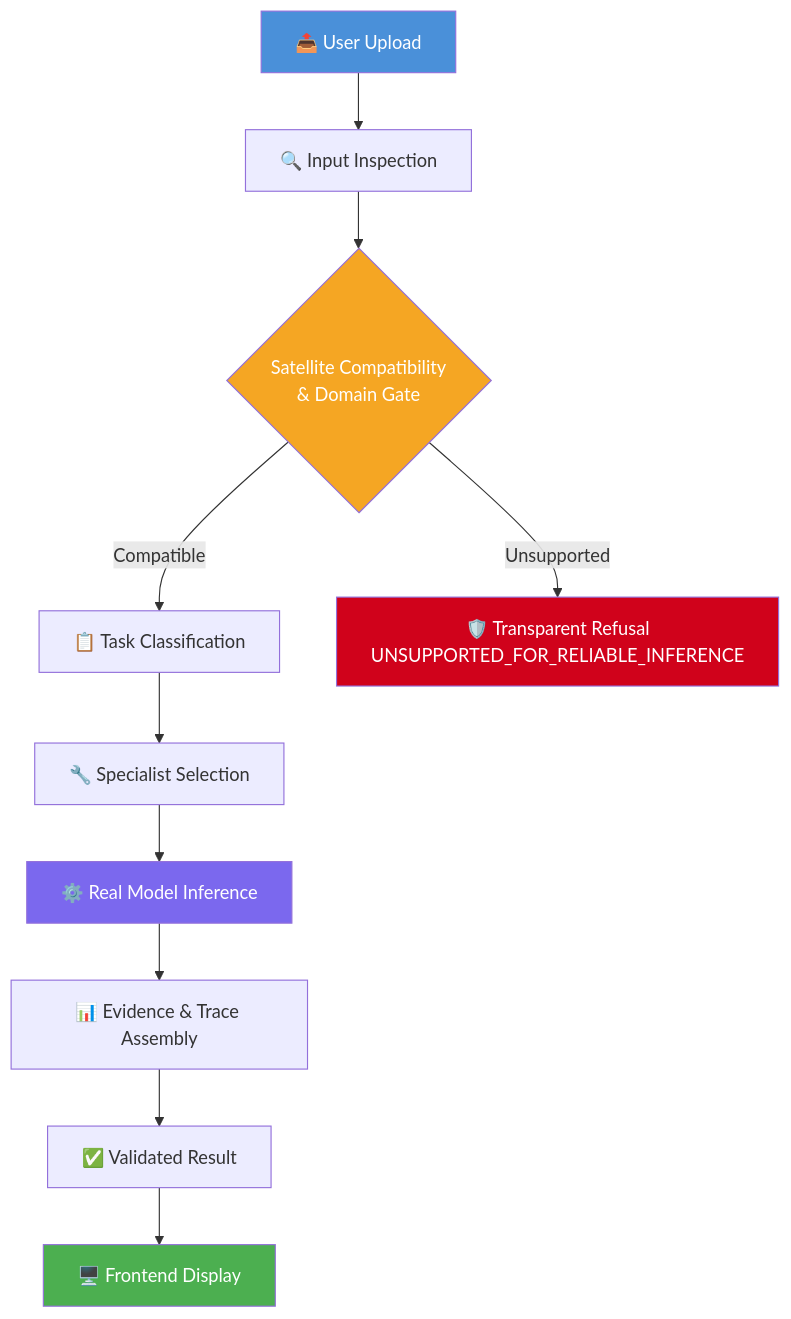
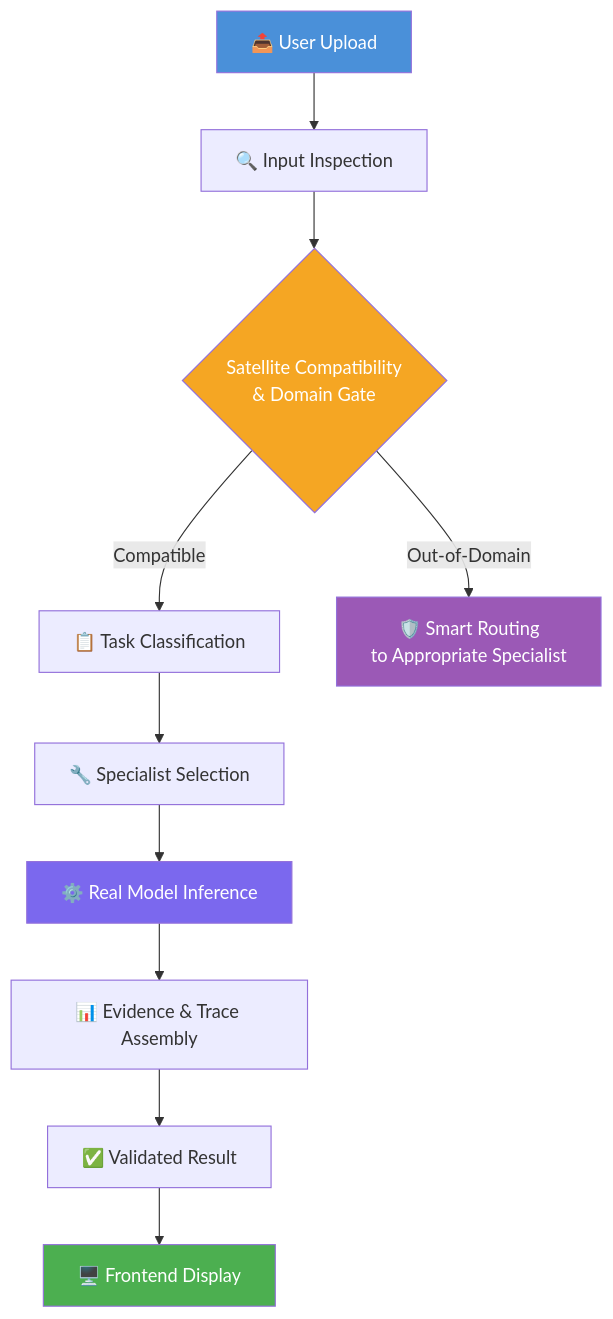
Before and after one commit to siddhtyagi18/SatQuery-AI: the diagram in README.md, drawn with Mermaid. The commit also changed other lines of this file, not shown here.

````diff
--- a/README.md
+++ b/README.md
@@ -116,18 +116,18 @@
 ```mermaid
 graph TD
     A[📤 User Upload] --> B[🔍 Input Inspection]
     B --> C{Satellite Compatibility<br/>& Domain Gate}
     C -->|Compatible| D[📋 Task Classification]
-    C -->|Unsupported| E[🛡️ Transparent Refusal<br/>UNSUPPORTED_FOR_RELIABLE_INFERENCE]
+    C -->|Out-of-Domain| E[🛡️ Smart Routing<br/>to Appropriate Specialist]
     D --> F[🔧 Specialist Selection]
     F --> G[⚙️ Real Model Inference]
     G --> H[📊 Evidence & Trace Assembly]
     H --> I[✅ Validated Result]
     I --> J[🖥️ Frontend Display]
 
     style A fill:#4A90D9,color:#fff
     style C fill:#F5A623,color:#fff
-    style E fill:#D0021B,color:#fff
+    style E fill:#9B59B6,color:#fff
     style G fill:#7B68EE,color:#fff
     style J fill:#4CAF50,color:#fff
 ```
````
